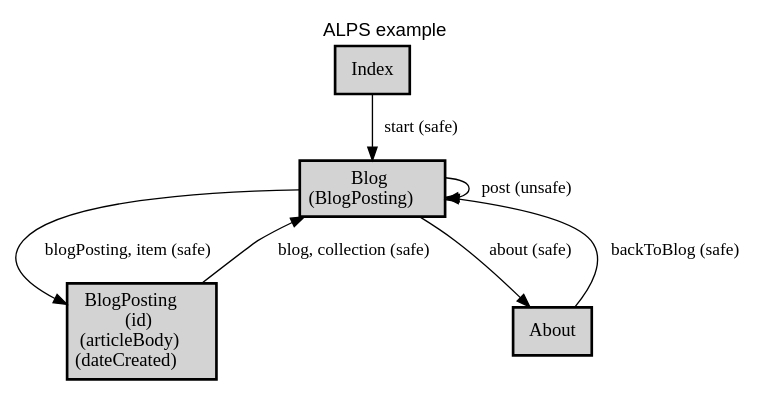
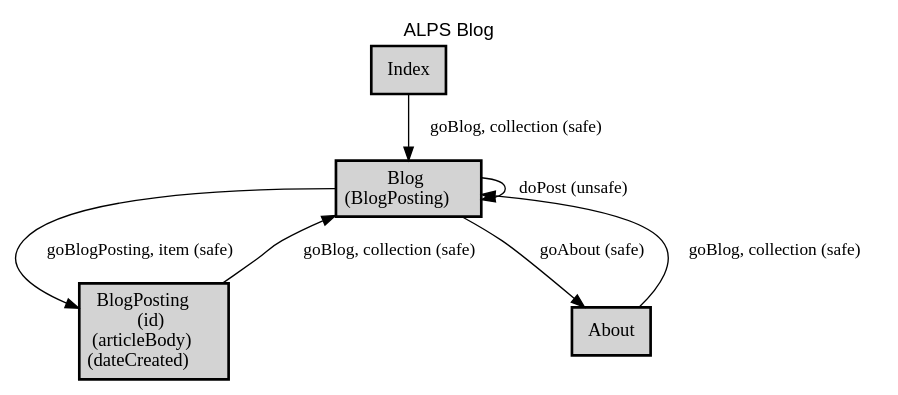
One commit to alps-asd/app-state-diagram changed the diagram in docs/blog/profile.dot. Above: the diagram before and after it, drawn with Graphviz. The commit also changed 24 other files, not shown here.

```diff
--- a/docs/blog/profile.dot
+++ b/docs/blog/profile.dot
@@ -1,23 +1,23 @@
 digraph application_state_diagram {
   graph [
     labelloc="t";
     fontname="Helvetica"
-    label="ALPS example";
+    label="ALPS Blog";
     URL="index.html" target="_parent"
   ];
   node [shape = box, style = "bold,filled" fillcolor="lightgray"];
 
     Blog [margin=0.02, label=<<table cellspacing="0" cellpadding="5" border="0"><tr><td>Blog<br />(BlogPosting)<br /></td></tr></table>>,shape=box URL="docs/semantic.Blog.html" target="_parent"]
     BlogPosting [margin=0.02, label=<<table cellspacing="0" cellpadding="5" border="0"><tr><td>BlogPosting<br />(id)<br />(articleBody)<br />(dateCreated)<br /></td></tr></table>>,shape=box URL="docs/semantic.BlogPosting.html" target="_parent"]
 
-    About -> Blog [label = "backToBlog (safe)" URL="docs/safe.backToBlog.html" target="_parent" fontsize=13];
-    Blog -> About [label = "about (safe)" URL="docs/safe.about.html" target="_parent" fontsize=13];
-    Blog -> Blog [label = "post (unsafe)" URL="docs/unsafe.post.html" target="_parent" fontsize=13];
-    Blog -> BlogPosting [label = "blogPosting, item (safe)" URL="docs/safe.blogPosting.html" target="_parent" fontsize=13];
-    BlogPosting -> Blog [label = "blog, collection (safe)" URL="docs/safe.blog.html" target="_parent" fontsize=13];
-    Index -> Blog [label = "start (safe)" URL="docs/safe.start.html" target="_parent" fontsize=13];
+    About -> Blog [label = "goBlog, collection (safe)" URL="docs/safe.goBlog.html" target="_parent" fontsize=13];
+    Blog -> About [label = "goAbout (safe)" URL="docs/safe.goAbout.html" target="_parent" fontsize=13];
+    Blog -> Blog [label = "doPost (unsafe)" URL="docs/unsafe.doPost.html" target="_parent" fontsize=13];
+    Blog -> BlogPosting [label = "goBlogPosting, item (safe)" URL="docs/safe.goBlogPosting.html" target="_parent" fontsize=13];
+    BlogPosting -> Blog [label = "goBlog, collection (safe)" URL="docs/safe.goBlog.html" target="_parent" fontsize=13];
+    Index -> Blog [label = "goBlog, collection (safe)" URL="docs/safe.goBlog.html" target="_parent" fontsize=13];
 
     About [URL="docs/semantic.About.html" target="_parent"]
     Index [URL="docs/semantic.Index.html" target="_parent"]
 
 }
```
